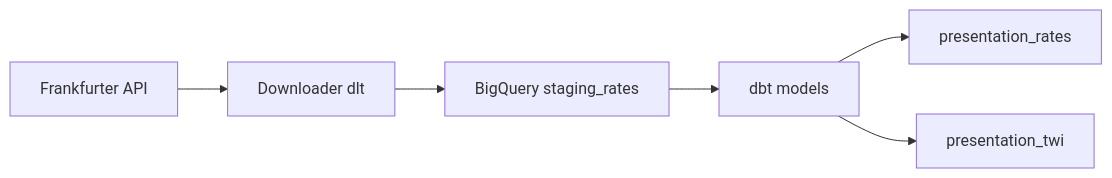
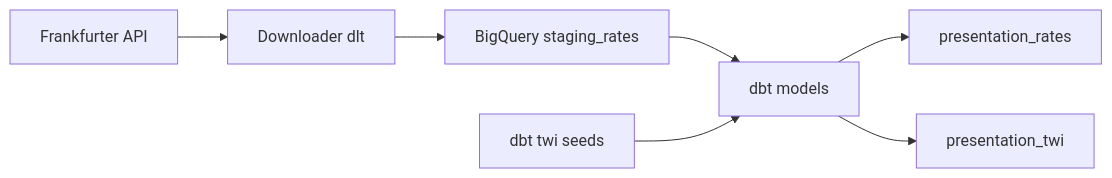
One commit to rboyes/forex changed the diagram in README.md. Above: the diagram before and after it, drawn with Mermaid.

Commit message:
better diagrm

````diff
--- a/README.md
+++ b/README.md
@@ -8,8 +8,9 @@
 ```mermaid
 flowchart LR
   A[Frankfurter API] --> B[Downloader dlt]
   B --> C[BigQuery staging_rates]
   C --> D[dbt models]
+  S[dbt twi seeds] --> D
   D --> E[presentation_rates]
   D --> F[presentation_twi]
 ```
````
